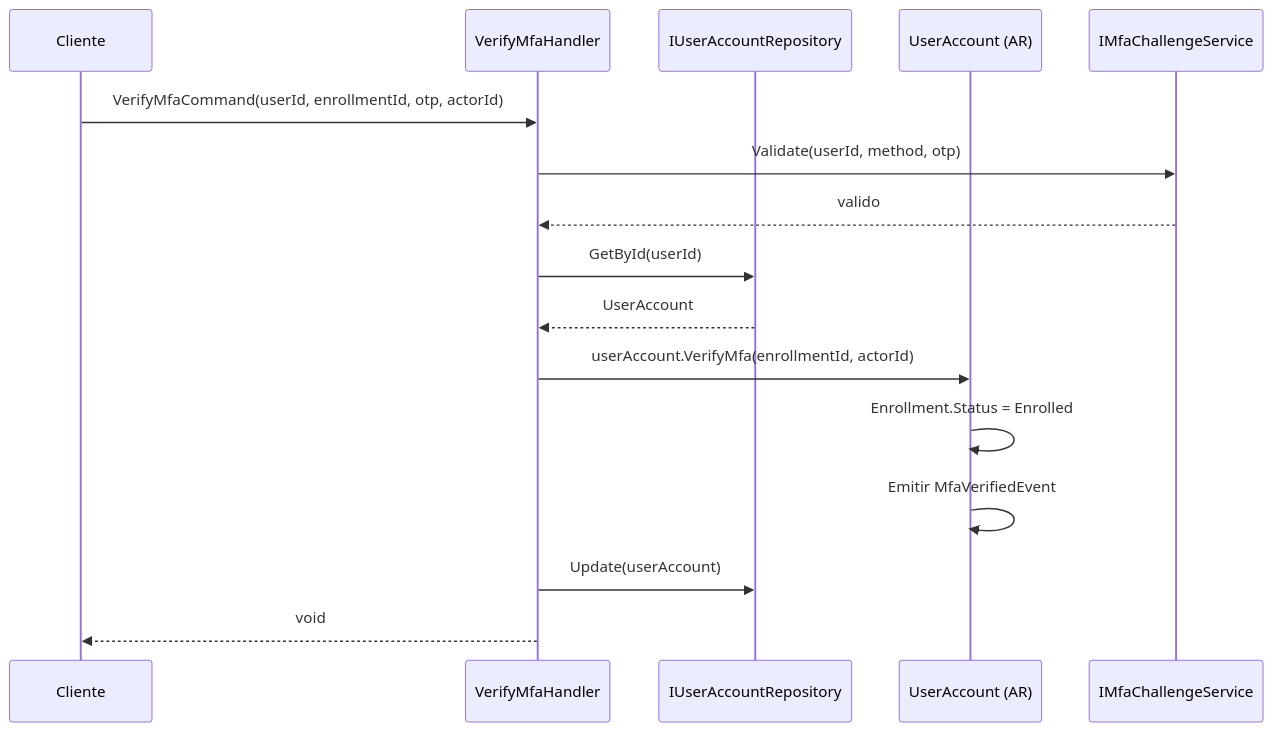
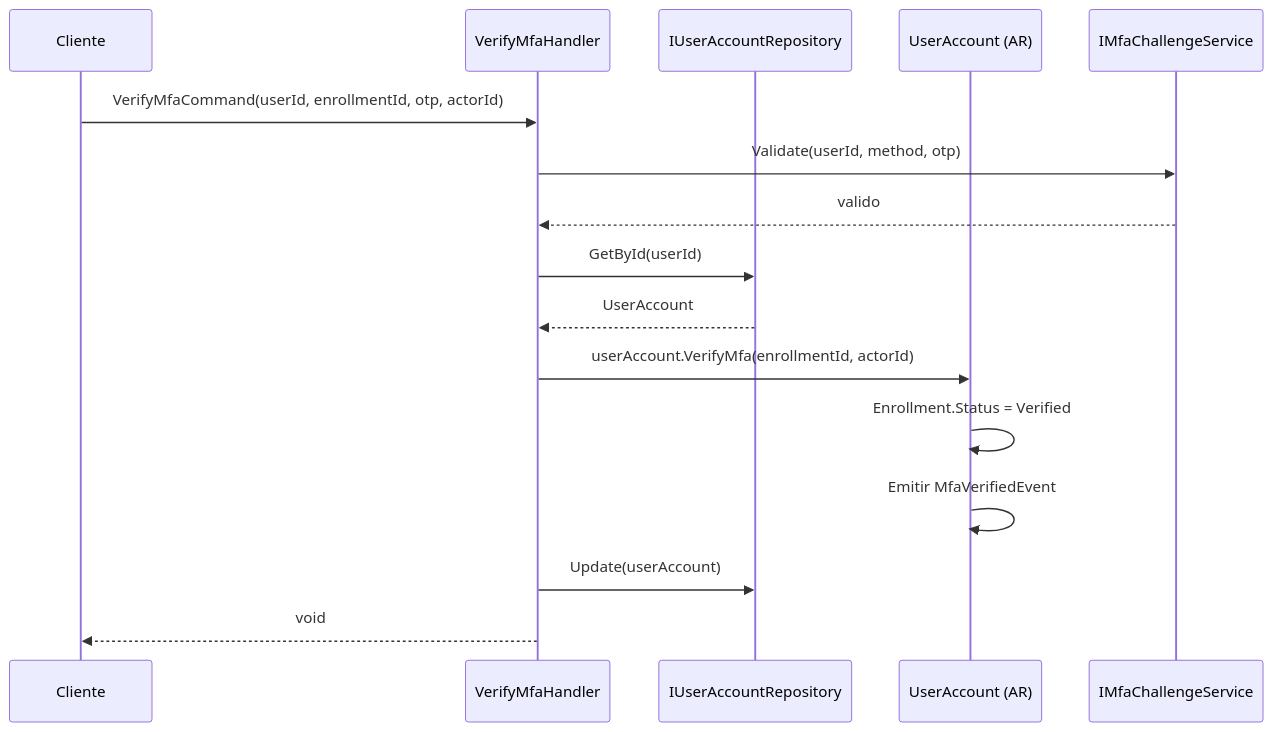
Before and after one commit to beyondnetcode/ums: the sixth of 8 diagrams in docs/domain-es/identity/user-account.md, drawn with Mermaid. The commit also changed other lines of this file and 3 other files, not shown here.

````diff
--- a/docs/domain-es/identity/user-account.md
+++ b/docs/domain-es/identity/user-account.md
@@ -230,19 +229,19 @@
 ```mermaid
 sequenceDiagram
     participant C as Cliente
     participant H as VerifyMfaHandler
     participant R as IUserAccountRepository
     participant U as UserAccount (AR)
     participant MFA as IMfaChallengeService
 
     C->>H: VerifyMfaCommand(userId, enrollmentId, otp, actorId)
     H->>MFA: Validate(userId, method, otp)
     MFA-->>H: valido
     H->>R: GetById(userId)
     R-->>H: UserAccount
     H->>U: userAccount.VerifyMfa(enrollmentId, actorId)
-    U->>U: Enrollment.Status = Enrolled
+    U->>U: Enrollment.Status = Verified
     U->>U: Emitir MfaVerifiedEvent
     H->>R: Update(userAccount)
     H-->>C: void
 ```
````
